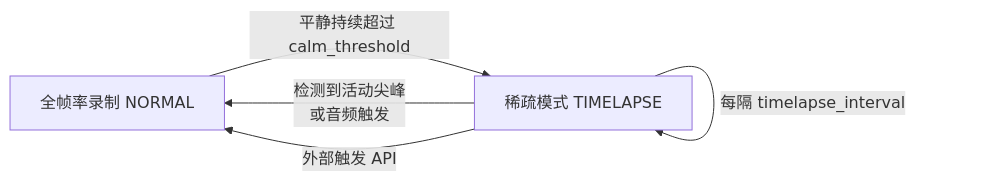
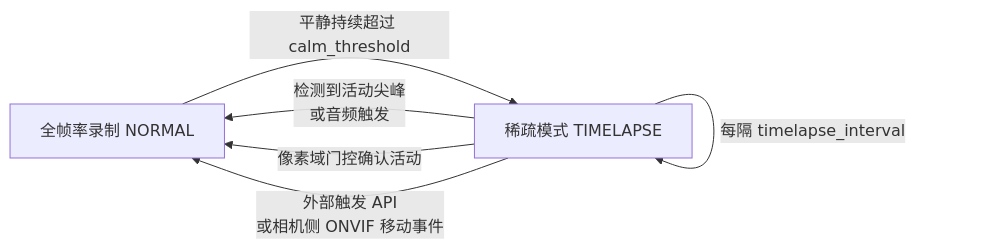
The diagram in mibeenvr/zh-CN/adaptive-recording.md (Mi-Bee-Studio/mibee-docs), drawn with Mermaid before and after one commit. The commit also changed other lines of this file and 68 other files, not shown here.

````diff
--- a/mibeenvr/zh-CN/adaptive-recording.md
+++ b/mibeenvr/zh-CN/adaptive-recording.md
@@ -11,7 +11,8 @@
 ```mermaid
 flowchart LR
     A[全帧率录制 NORMAL] -- 平静持续超过 calm_threshold --> B[稀疏模式 TIMELAPSE]
     B -- 每隔 timelapse_interval --> B
     B -- 检测到活动尖峰<br/>或音频触发 --> A
-    B -- 外部触发 API --> A
+    B -- 像素域门控确认活动 --> A
+    B -- 外部触发 API<br/>或相机侧 ONVIF 移动事件 --> A
 ```
````
